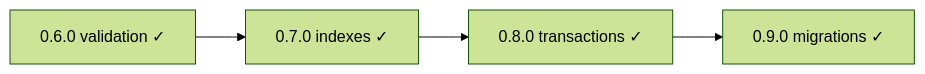
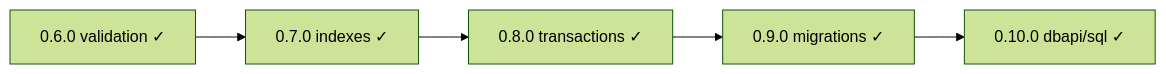
The diagram in ROADMAP.md (eddiethedean/typra), drawn with Mermaid (forest theme) before and after one commit. The commit also changed other lines of this file and 16 other files, not shown here.

````diff
--- a/ROADMAP.md
+++ b/ROADMAP.md
@@ -46,8 +46,9 @@
 ```mermaid
 flowchart LR
   v060["0.6.0 validation ✓"]
   v070["0.7.0 indexes ✓"]
   v080["0.8.0 transactions ✓"]
   v090["0.9.0 migrations ✓"]
-  v060 --> v070 --> v080 --> v090
+  v100["0.10.0 dbapi/sql ✓"]
+  v060 --> v070 --> v080 --> v090 --> v100
 ```
````
